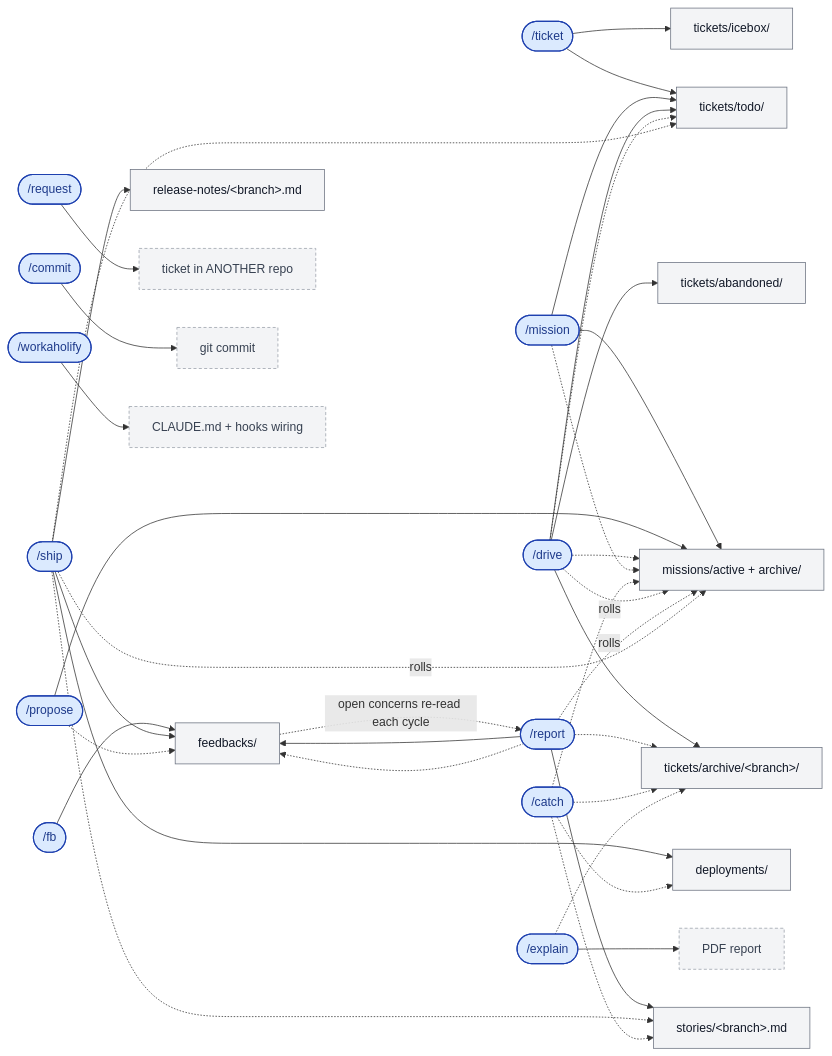
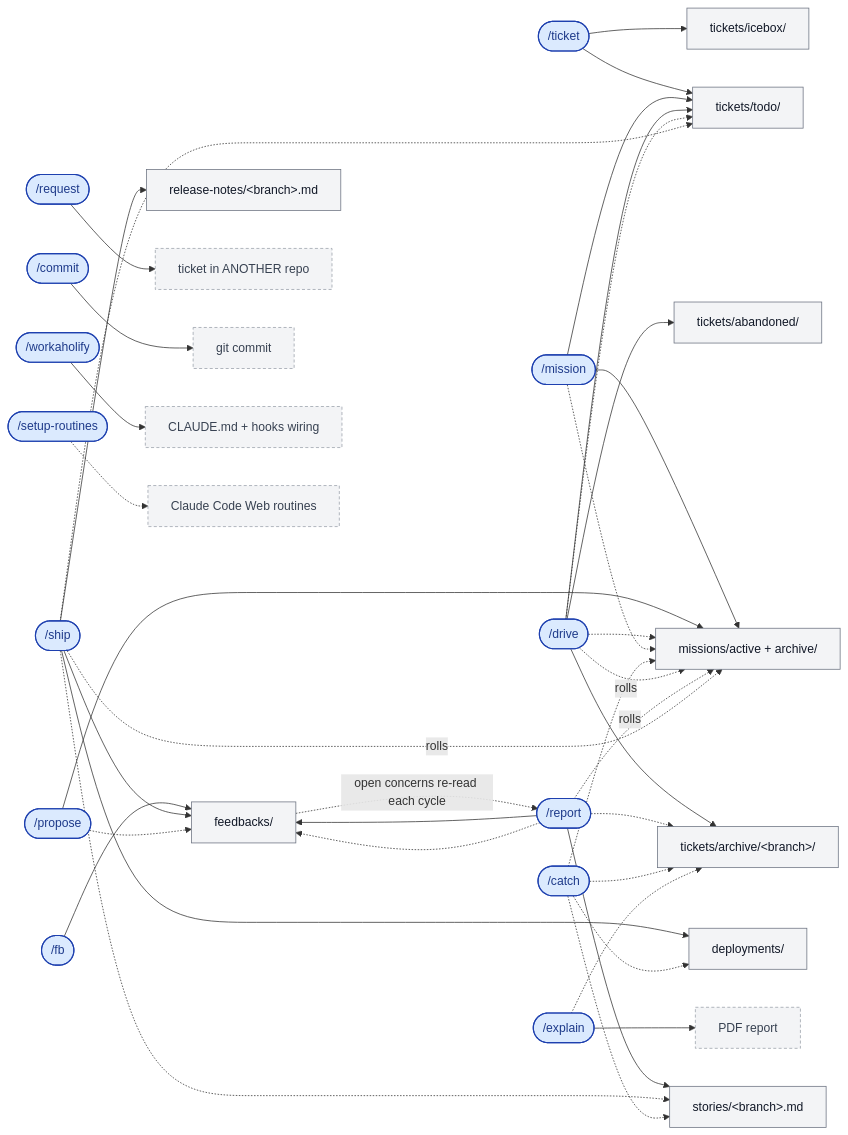
The fourth of 5 diagrams in README.md (qmu/workaholic), drawn with Mermaid before and after one commit. The commit also changed other lines of this file and 13 other files, not shown here.

````diff
--- a/README.md
+++ b/README.md
@@ -305,6 +306,7 @@
   commit(["/commit"])
   explain(["/explain"])
   workaholify(["/workaholify"])
+  setuproutines(["/setup-routines"])
 
   %% ---------- artifacts under .workaholic/ (grey) ----------
   TODO["tickets/todo/"]
@@ -322,6 +324,7 @@
   PDF["PDF report"]
   WT["git commit"]
   CFG["CLAUDE.md + hooks wiring"]
+  ROUT["Claude Code Web routines"]
 
   %% ========== generation: solid arrow = writes ==========
   ticket --> TODO
@@ -357,6 +360,7 @@
   catch -.-> MIS
   catch -.-> DEP
   explain -.-> ARCH
+  setuproutines -.-> ROUT
 
   %% ========== mission rolls: dashed, labelled ==========
   drive -. rolls .-> MIS
@@ -370,7 +374,7 @@
   classDef cmd fill:#dbeafe,stroke:#1e40af,stroke-width:1.5px,color:#1e3a8a;
   classDef art fill:#f3f4f6,stroke:#6b7280,color:#111827;
   classDef ext fill:#f3f4f6,stroke:#9aa0aa,stroke-dasharray:4 3,color:#374151;
-  class ticket,request,mission,propose,feedback,drive,report,ship,catch,commit,explain,workaholify cmd;
+  class ticket,request,mission,propose,feedback,drive,report,ship,catch,commit,explain,workaholify,setuproutines cmd;
   class TODO,ICE,ARCH,ABD,MIS,STORY,FBK,REL,DEP art;
-  class EXT,PDF,WT,CFG ext;
+  class EXT,PDF,WT,CFG,ROUT ext;
 ```
````
